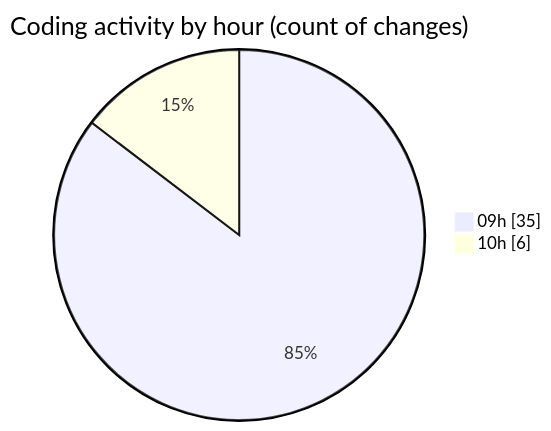
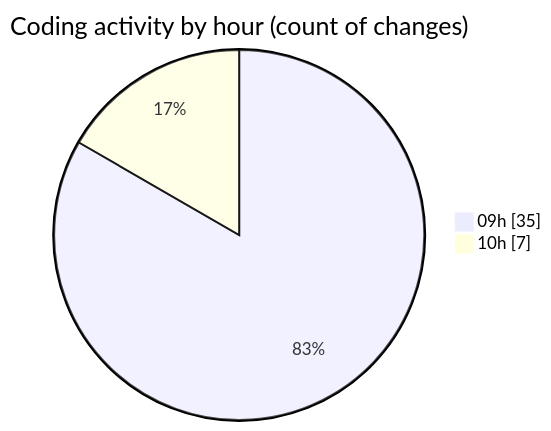
Before and after one commit to momahboobian/code-tracking: the second of 2 diagrams in 2026-09-14/cda/README.md, drawn with Mermaid. The commit also changed other lines of this file and 1 other file, not shown here.

````diff
--- a/2026-09-14/cda/README.md
+++ b/2026-09-14/cda/README.md
@@ -46,6 +46,6 @@
 ```mermaid
 pie showData
 title Coding activity by hour (count of changes)
 "09h" : 35
-"10h" : 6
+"10h" : 7
 ```
````
